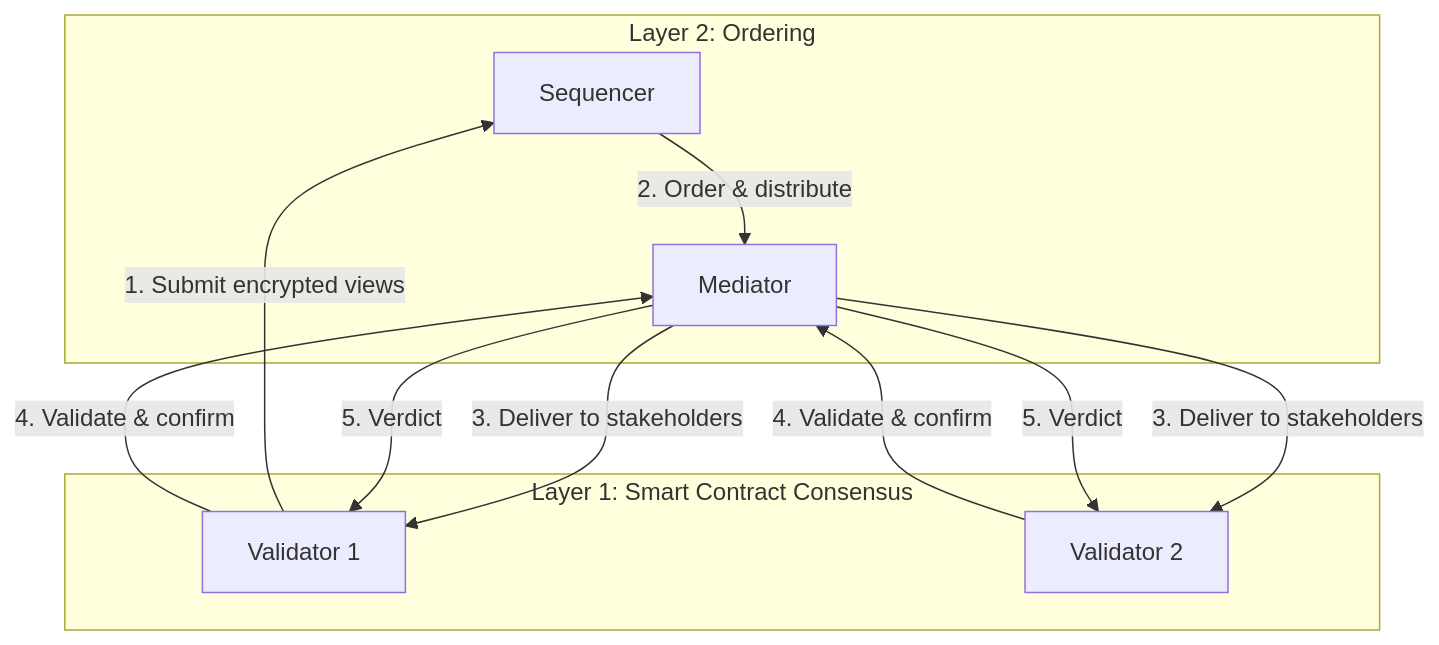
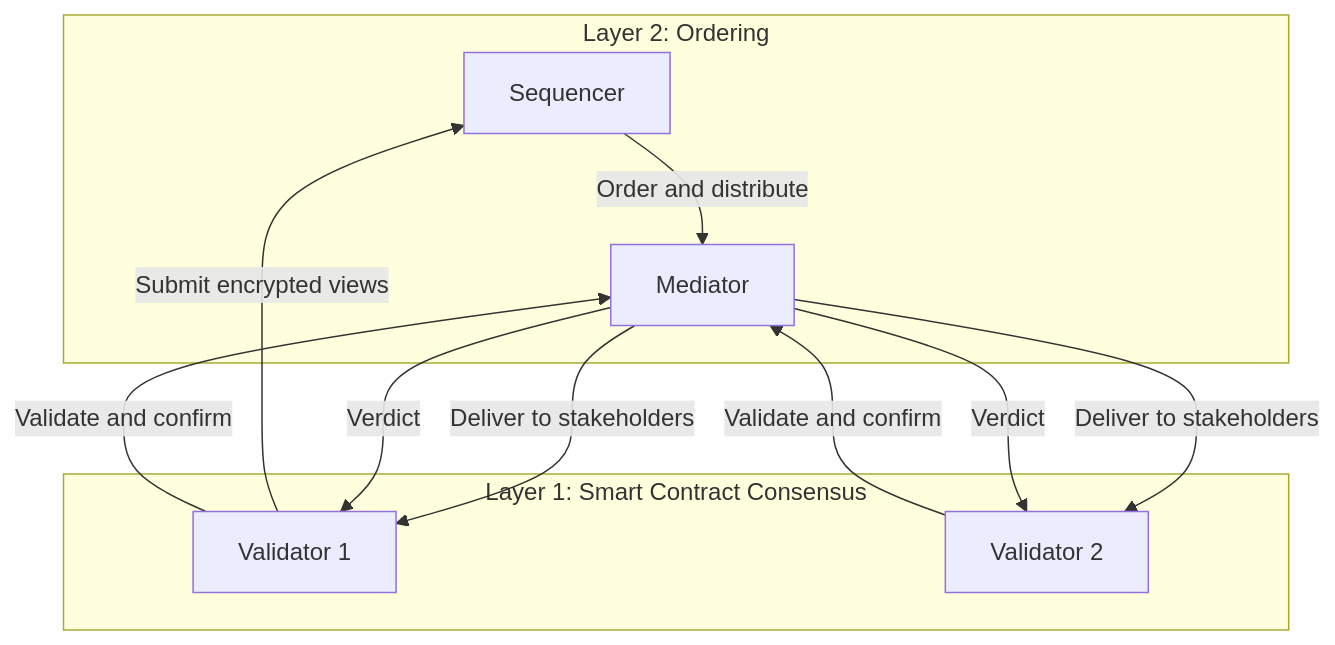
Before and after one commit to canton-network/cf-docs: the third of 3 diagrams in docs-main/overview/learn/two-layer-consensus.mdx, drawn with Mermaid. The commit also changed other lines of this file and 1 other file, not shown here.

Commit message:
Fix mermaid diagram rendering errors in trust-model and two-layer-consensus
Remove numbered prefixes, HTML <br> tags, and special characters from
mermaid labels that were being misinterpreted as markdown by Mintlify.

````diff
--- a/docs-main/overview/learn/two-layer-consensus.mdx
+++ b/docs-main/overview/learn/two-layer-consensus.mdx
@@ -117,21 +117,21 @@
 ```mermaid
 flowchart TB
     subgraph L2[Layer 2: Ordering]
         SEQ[Sequencer]
         MED[Mediator]
     end
 
     subgraph L1[Layer 1: Smart Contract Consensus]
         V1[Validator 1]
         V2[Validator 2]
     end
 
-    V1 -->|1. Submit encrypted views| SEQ
-    SEQ -->|2. Order & distribute| MED
-    MED -->|3. Deliver to stakeholders| V1
-    MED -->|3. Deliver to stakeholders| V2
-    V1 -->|4. Validate & confirm| MED
-    V2 -->|4. Validate & confirm| MED
-    MED -->|5. Verdict| V1
-    MED -->|5. Verdict| V2
+    V1 -->|Submit encrypted views| SEQ
+    SEQ -->|Order and distribute| MED
+    MED -->|Deliver to stakeholders| V1
+    MED -->|Deliver to stakeholders| V2
+    V1 -->|Validate and confirm| MED
+    V2 -->|Validate and confirm| MED
+    MED -->|Verdict| V1
+    MED -->|Verdict| V2
 ```
````
